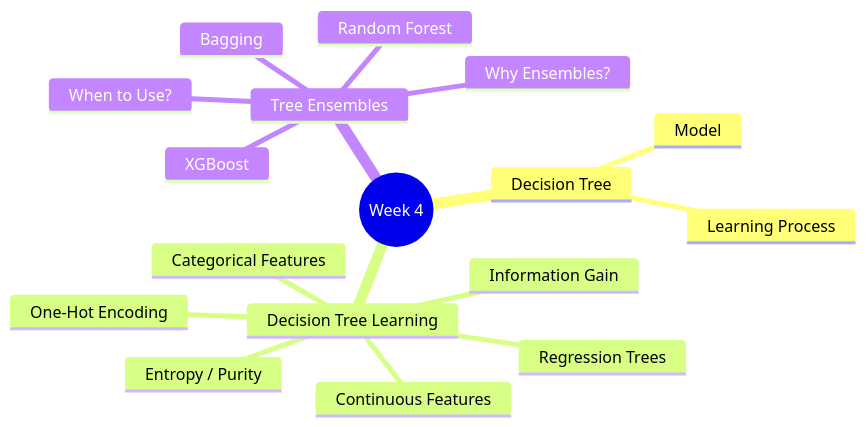
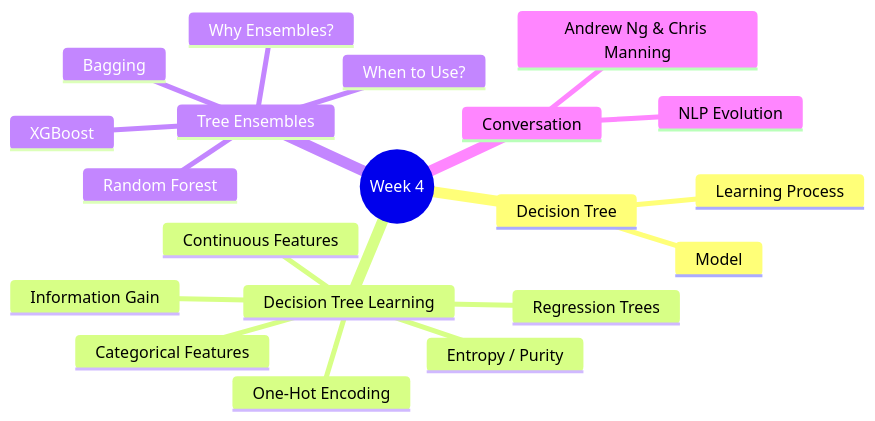
The first of 4 diagrams in lecture_notes/Course 2 - Advanced Learning Algorithms/C2-W4 - Decision Trees.md (xxleanlinxx/Stanford-ML-Specialization-LectureNote), drawn with Mermaid before and after one commit. The commit also changed other lines of this file and 23 other files, not shown here.

````diff
--- a/lecture_notes/Course 2 - Advanced Learning Algorithms/C2-W4 - Decision Trees.md
+++ b/lecture_notes/Course 2 - Advanced Learning Algorithms/C2-W4 - Decision Trees.md
@@ -38,20 +39,23 @@
 ```mermaid
 mindmap
   root((Week 4))
     Decision Tree
       Model
       Learning Process
     Decision Tree Learning
       Entropy / Purity
       Information Gain
       Categorical Features
       One-Hot Encoding
       Continuous Features
       Regression Trees
     Tree Ensembles
       Why Ensembles?
       Bagging
       Random Forest
       XGBoost
       When to Use?
+    Conversation
+      Andrew Ng & Chris Manning
+      NLP Evolution
 ```
````
